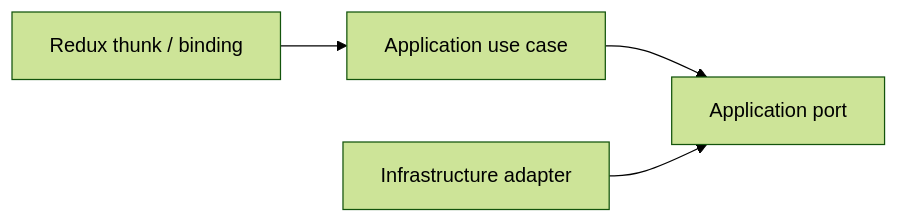
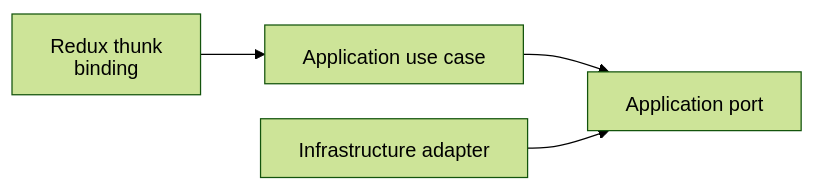
Before and after one commit to AndresTaoFlorez/software-architecture: the third of 3 diagrams in architecture/patterns/presentation/model-view-viewmodel/5-mvvm-in-react-redux.md, drawn with Mermaid (forest theme). The commit also changed other lines of this file and 79 other files, not shown here.

````diff
--- a/architecture/patterns/presentation/model-view-viewmodel/5-mvvm-in-react-redux.md
+++ b/architecture/patterns/presentation/model-view-viewmodel/5-mvvm-in-react-redux.md
@@ -75,5 +97,6 @@
 ```mermaid
+%%{init: {"htmlLabels": false, "flowchart": {"htmlLabels": false, "nodeSpacing": 28, "rankSpacing": 48, "diagramPadding": 20, "wrappingWidth": 280}, "sequence": {"wrap": true, "diagramMarginX": 20, "diagramMarginY": 20}}}%%
 flowchart LR
-    R["Redux thunk / binding"] --> U["Application use case"] --> P["Application port"]
+    R["Redux thunk<br/>binding"] --> U["Application use case"] --> P["Application port"]
     I["Infrastructure adapter"] --> P
 ```
````
